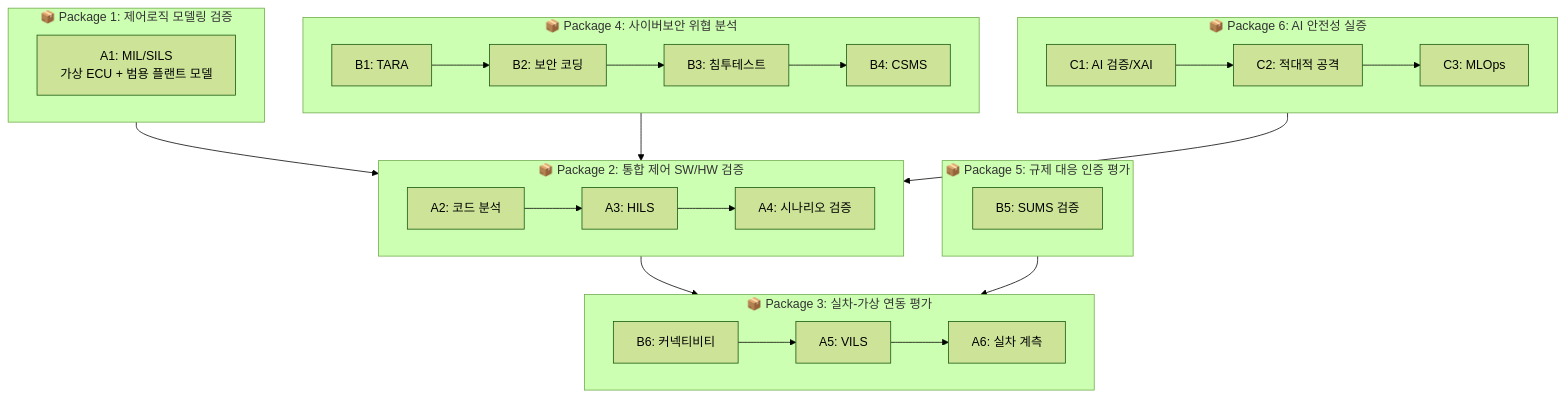
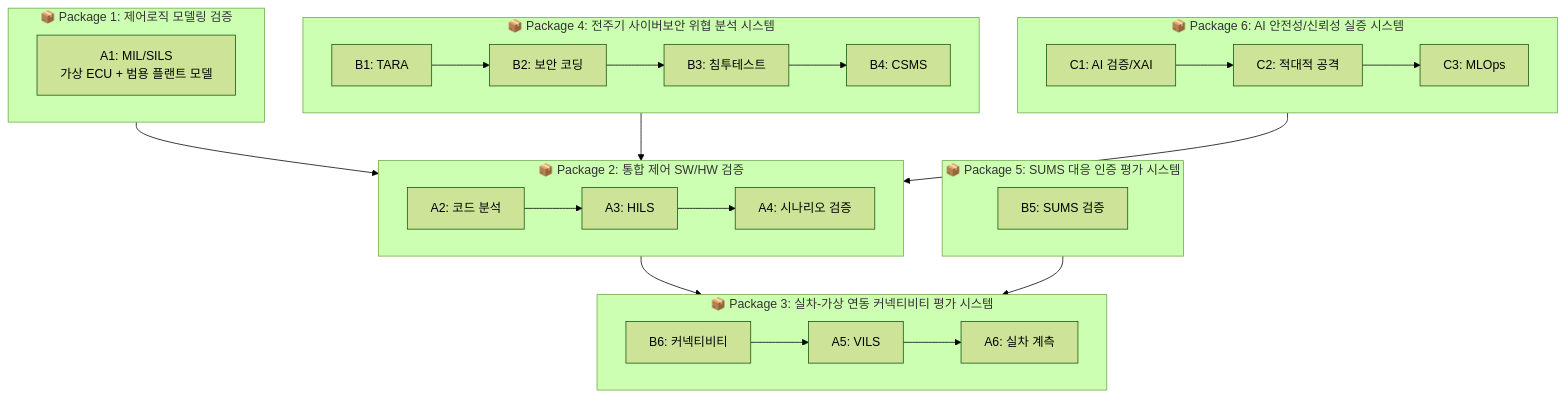
One commit to rebirther00/report changed the diagram in 6. infra_safety/infra_after_feedback/개선안.md. Above: the diagram before and after it, drawn with Mermaid (forest theme). The commit also changed other lines of this file and 2 other files, not shown here.

````diff
--- a/6. infra_safety/infra_after_feedback/개선안.md
+++ b/6. infra_safety/infra_after_feedback/개선안.md
@@ -38,46 +38,46 @@
 ```mermaid
 flowchart TB
     subgraph PKG1["📦 Package 1: 제어로직 모델링 검증"]
         A1[A1: MIL/SILS<br>가상 ECU + 범용 플랜트 모델]
     end
     
     subgraph PKG2["📦 Package 2: 통합 제어 SW/HW 검증"]
         A2[A2: 코드 분석]
         A3[A3: HILS]
         A4[A4: 시나리오 검증]
         A2 --> A3 --> A4
     end
     
-    subgraph PKG3["📦 Package 3: 실차-가상 연동 평가"]
+    subgraph PKG3["📦 Package 3: 실차-가상 연동 커넥티비티 평가 시스템"]
         A5[A5: VILS]
         A6[A6: 실차 계측]
         B6[B6: 커넥티비티]
         A5 --> A6
         B6 --> A5
     end
     
-    subgraph PKG4["📦 Package 4: 사이버보안 위협 분석"]
+    subgraph PKG4["📦 Package 4: 전주기 사이버보안 위협 분석 시스템"]
         B1[B1: TARA]
         B2[B2: 보안 코딩]
         B3[B3: 침투테스트]
         B4[B4: CSMS]
         B1 --> B2 --> B3 --> B4
     end
     
-    subgraph PKG5["📦 Package 5: 규제 대응 인증 평가"]
+    subgraph PKG5["📦 Package 5: SUMS 대응 인증 평가 시스템"]
         B5[B5: SUMS 검증]
     end
     
-    subgraph PKG6["📦 Package 6: AI 안전성 실증"]
+    subgraph PKG6["📦 Package 6: AI 안전성/신뢰성 실증 시스템"]
         C1[C1: AI 검증/XAI]
         C2[C2: 적대적 공격]
         C3[C3: MLOps]
         C1 --> C2 --> C3
     end
     
     PKG1 --> PKG2
     PKG2 --> PKG3
     PKG4 --> PKG2
     PKG5 --> PKG3
     PKG6 --> PKG2
 ```
````
